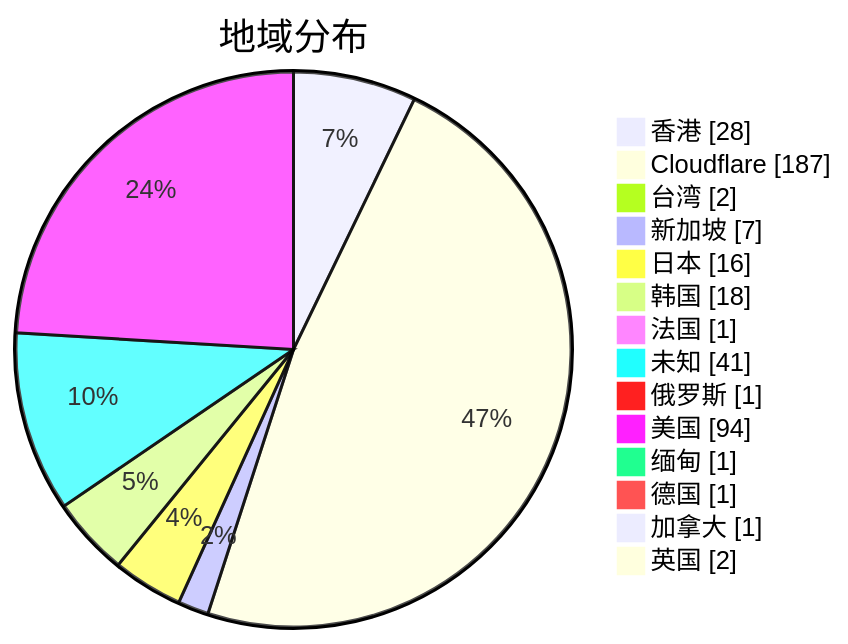
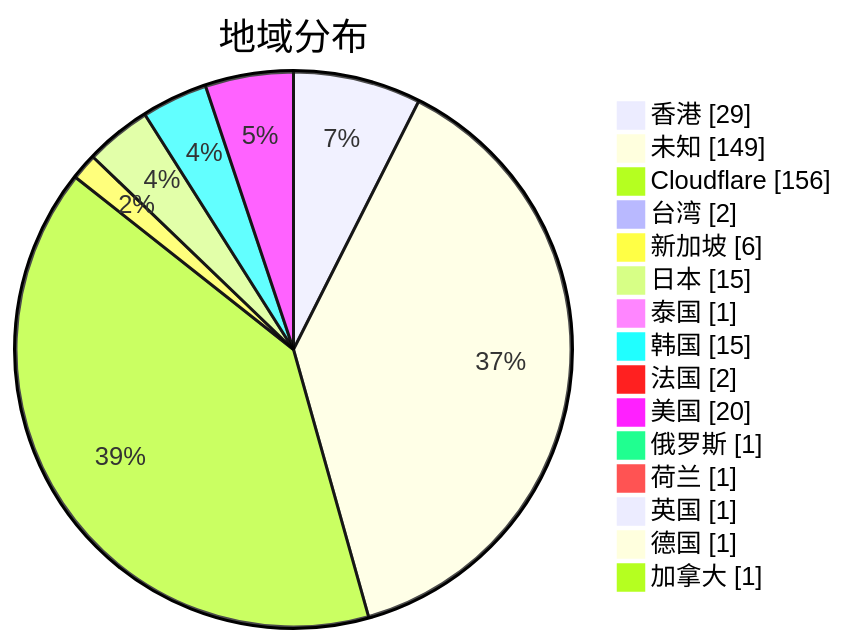
The second of 3 diagrams in subs/statistics/tested_within.md (qjlxg/airport), drawn with Mermaid before and after one commit. The commit also changed other lines of this file and 2 other files, not shown here.

````diff
--- a/subs/statistics/tested_within.md
+++ b/subs/statistics/tested_within.md
@@ -13,18 +13,19 @@
 ```mermaid
 pie showData
 title 地域分布
-"香港" : 28
-"Cloudflare" : 187
+"香港" : 29
+"未知" : 149
+"Cloudflare" : 156
 "台湾" : 2
-"新加坡" : 7
-"日本" : 16
-"韩国" : 18
-"法国" : 1
-"未知" : 41
+"新加坡" : 6
+"日本" : 15
+"泰国" : 1
+"韩国" : 15
+"法国" : 2
+"美国" : 20
 "俄罗斯" : 1
-"美国" : 94
-"缅甸" : 1
+"荷兰" : 1
+"英国" : 1
 "德国" : 1
 "加拿大" : 1
-"英国" : 2
 ```
````
